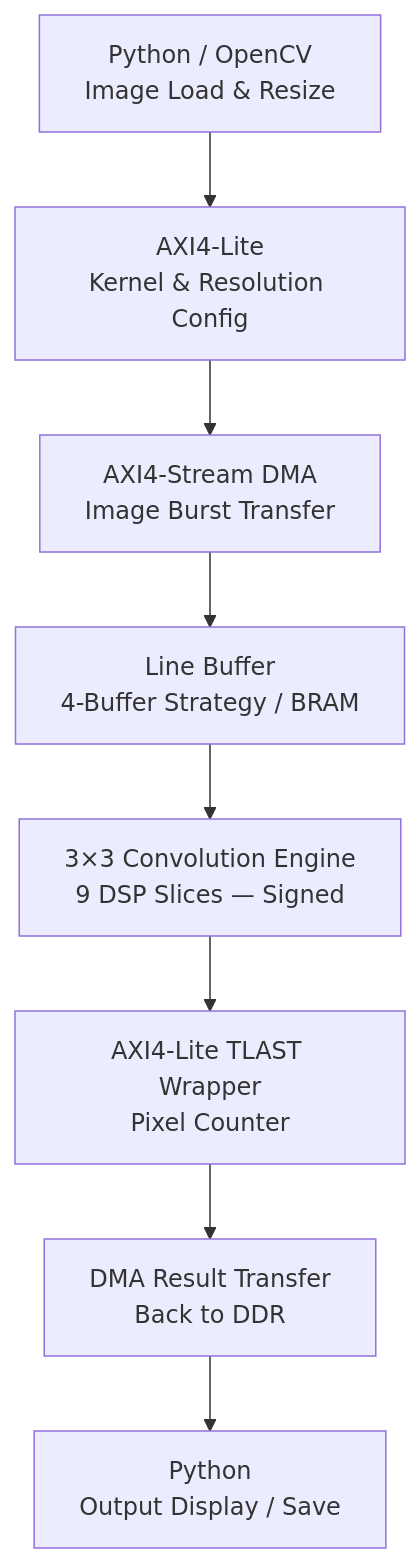
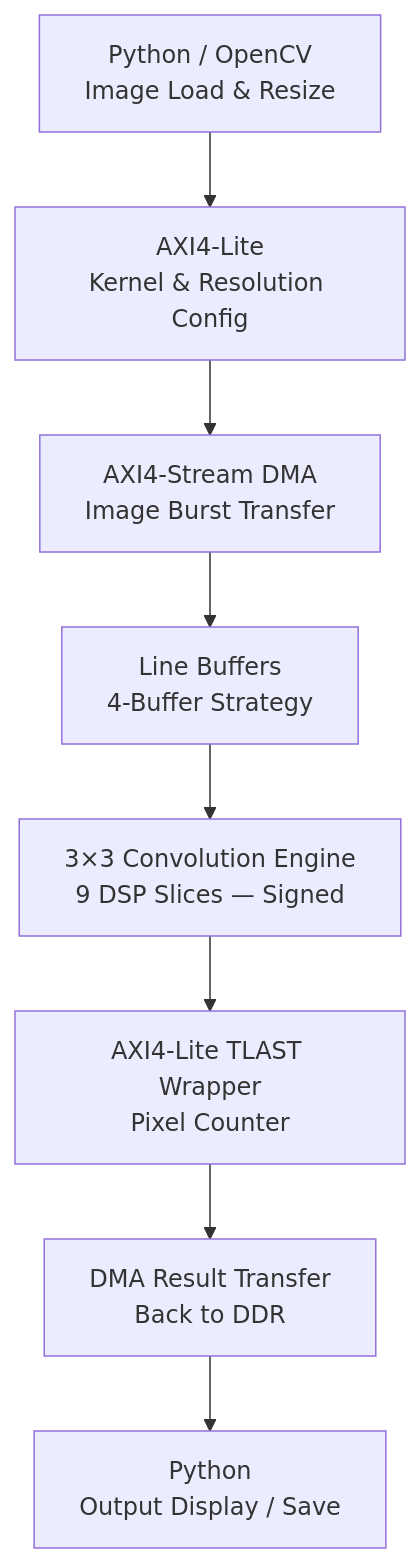
The second of 4 diagrams in README.md (adityasaboo10/Heterogeneous-SoC-Vision-Accelerator), drawn with Mermaid before and after one commit. The commit also changed other lines of this file, not shown here.

````diff
--- a/README.md
+++ b/README.md
@@ -71,10 +68,10 @@
 ```mermaid
 graph TD
-    A[Python / OpenCV\nImage Load & Resize] --> B[AXI4-Lite\nKernel & Resolution Config]
-    B --> C[AXI4-Stream DMA\nImage Burst Transfer]
-    C --> D[Line Buffer\n4-Buffer Strategy / BRAM]
-    D --> E[3×3 Convolution Engine\n9 DSP Slices — Signed]
-    E --> F[AXI4-Lite TLAST Wrapper\nPixel Counter]
-    F --> G[DMA Result Transfer\nBack to DDR]
-    G --> H[Python\nOutput Display / Save]
+    A[Python / OpenCV<br/>Image Load & Resize] --> B[AXI4-Lite<br/>Kernel & Resolution Config]
+    B --> C[AXI4-Stream DMA<br/>Image Burst Transfer]
+    C --> D[Line Buffers<br/>4-Buffer Strategy]
+    D --> E[3×3 Convolution Engine<br/>9 DSP Slices — Signed]
+    E --> F[AXI4-Lite TLAST Wrapper<br/>Pixel Counter]
+    F --> G[DMA Result Transfer<br/>Back to DDR]
+    G --> H[Python<br/>Output Display / Save]
 ```
````
